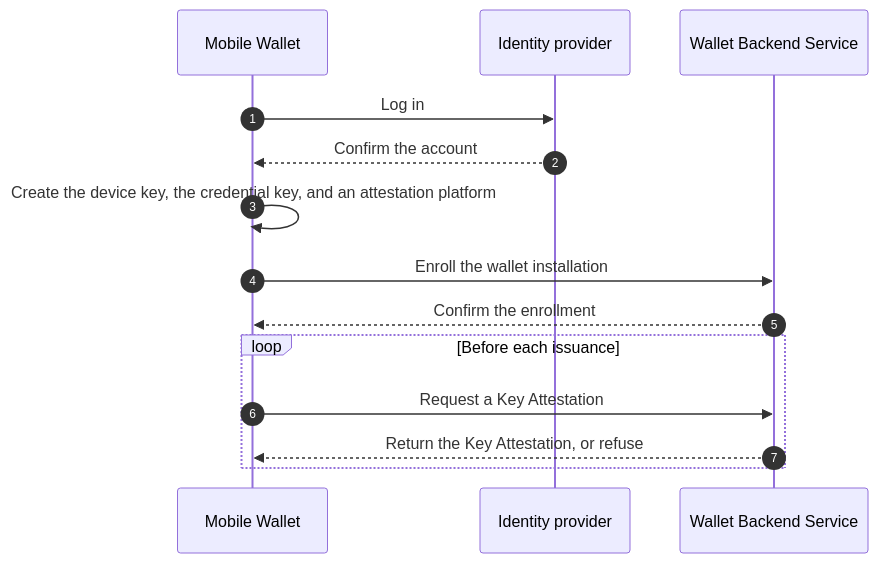
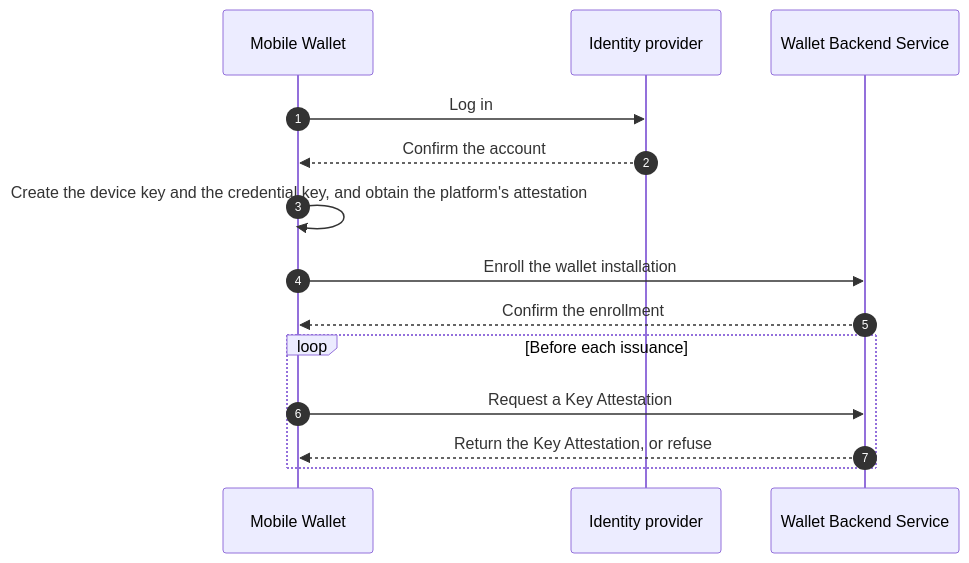
One commit to id-verifiable-credential-dev/id-doc-idctf changed the fourth of 14 diagrams in docs/architecture-framework/high-level-architecture/flows-per-use-case.md. Above: the diagram before and after it, drawn with Mermaid. The commit also changed other lines of this file and 89 other files, not shown here.

````diff
--- a/docs/architecture-framework/high-level-architecture/flows-per-use-case.md
+++ b/docs/architecture-framework/high-level-architecture/flows-per-use-case.md
@@ -253,16 +259,16 @@
 ```mermaid
 sequenceDiagram
     autonumber
     participant MW as Mobile Wallet
     participant IDP as Identity provider
     participant WBS as Wallet Backend Service
     MW->>IDP: Log in
     IDP-->>MW: Confirm the account
-    MW->>MW: Create the device key, the credential key, and an attestation platform
+    MW->>MW: Create the device key and the credential key, and obtain the platform's attestation
     MW->>WBS: Enroll the wallet installation
     WBS-->>MW: Confirm the enrollment
     loop Before each issuance
         MW->>WBS: Request a Key Attestation
         WBS-->>MW: Return the Key Attestation, or refuse
     end
 ```
````
